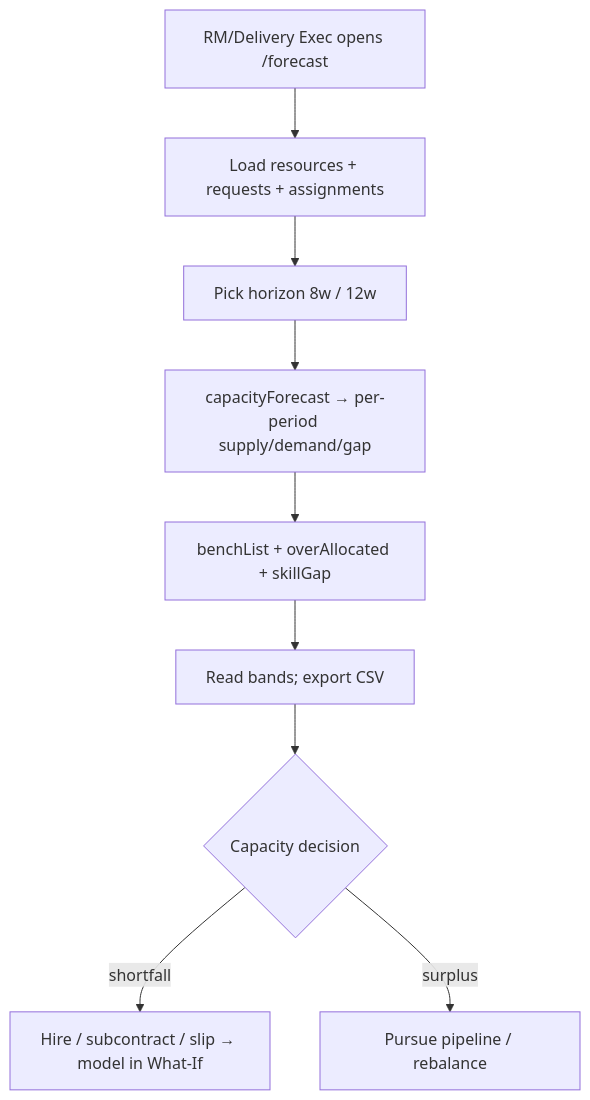
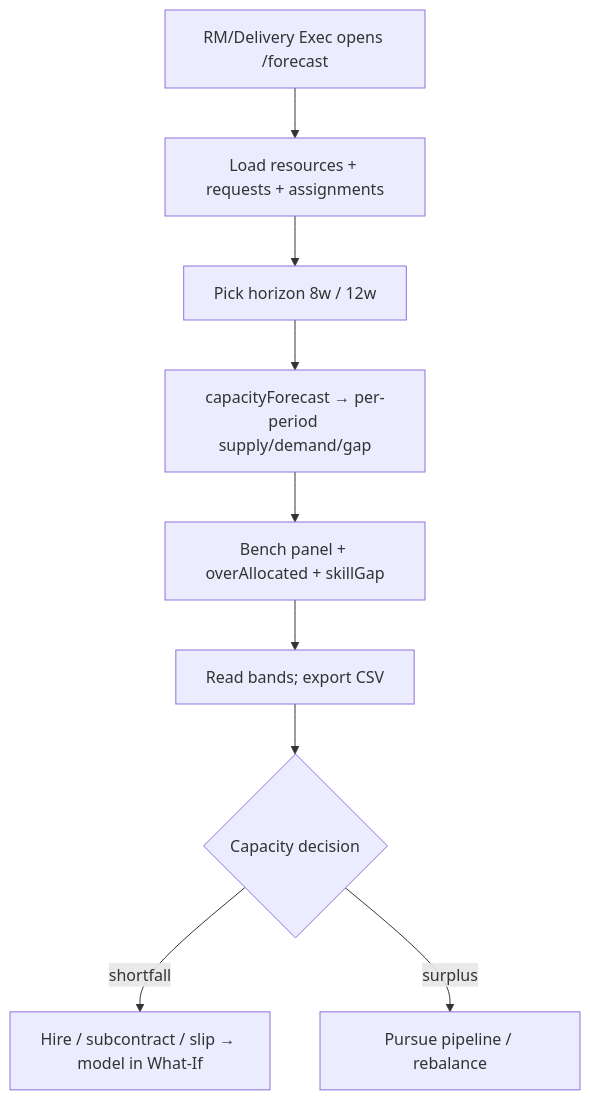
Before and after one commit to Raistlin82/project-resource-mgmt: the tenth of 11 diagrams in docs/functional/resource-management.md, drawn with Mermaid. The commit also changed other lines of this file and 1 other file, not shown here.

````diff
--- a/docs/functional/resource-management.md
+++ b/docs/functional/resource-management.md
@@ -858,11 +870,11 @@
 ```mermaid
 flowchart TD
   A[RM/Delivery Exec opens /forecast] --> B[Load resources + requests + assignments]
   B --> C[Pick horizon 8w / 12w]
   C --> D[capacityForecast → per-period supply/demand/gap]
-  D --> E[benchList + overAllocated + skillGap]
+  D --> E[Bench panel + overAllocated + skillGap]
   E --> F[Read bands; export CSV]
   F --> G{Capacity decision}
   G -->|shortfall| H[Hire / subcontract / slip → model in What-If]
   G -->|surplus| I[Pursue pipeline / rebalance]
 ```
````
